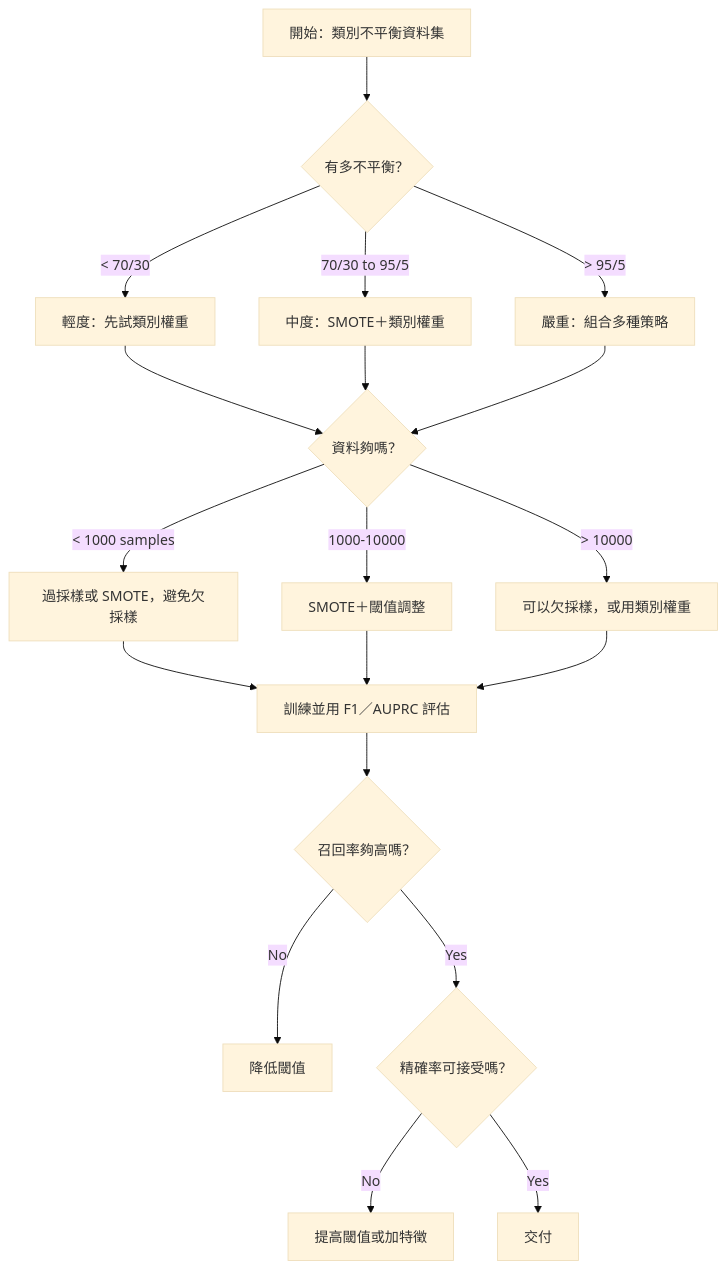
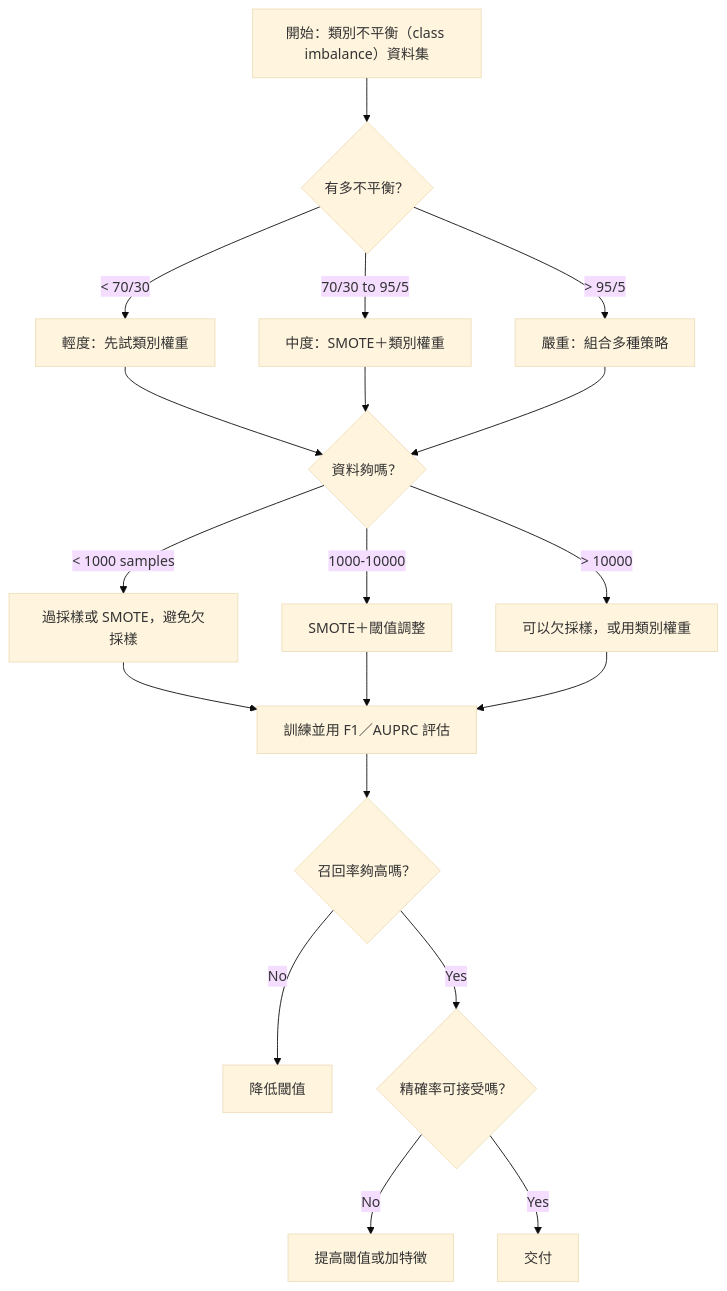
The fourth of 4 diagrams in i18n/zh-TW/phases/02-ml-fundamentals/17-imbalanced-data/docs/zh-TW.md (edward821220/ai-engineering-from-scratch), drawn with Mermaid (base theme) before and after one commit. The commit also changed other lines of this file and 197 other files, not shown here.

````diff
--- a/i18n/zh-TW/phases/02-ml-fundamentals/17-imbalanced-data/docs/zh-TW.md
+++ b/i18n/zh-TW/phases/02-ml-fundamentals/17-imbalanced-data/docs/zh-TW.md
@@ -192,21 +192,21 @@
 ```mermaid
 flowchart TD
-    A[開始：類別不平衡資料集] --> B{有多不平衡？}
+    A[開始：類別不平衡（class imbalance）資料集] --> B{有多不平衡？}
     B -->|"< 70/30"| C["輕度：先試類別權重"]
     B -->|"70/30 to 95/5"| D["中度：SMOTE＋類別權重"]
     B -->|"> 95/5"| E["嚴重：組合多種策略"]
     C --> F{資料夠嗎？}
     D --> F
     E --> F
     F -->|"< 1000 samples"| G["過採樣或 SMOTE，避免欠採樣"]
     F -->|"1000-10000"| H["SMOTE＋閾值調整"]
     F -->|"> 10000"| I["可以欠採樣，或用類別權重"]
     G --> J[訓練並用 F1／AUPRC 評估]
     H --> J
     I --> J
     J --> K{召回率夠高嗎？}
     K -->|No| L[降低閾值]
     K -->|Yes| M{精確率可接受嗎？}
     M -->|No| N[提高閾值或加特徵]
     M -->|Yes| O[交付]
 ```
````
